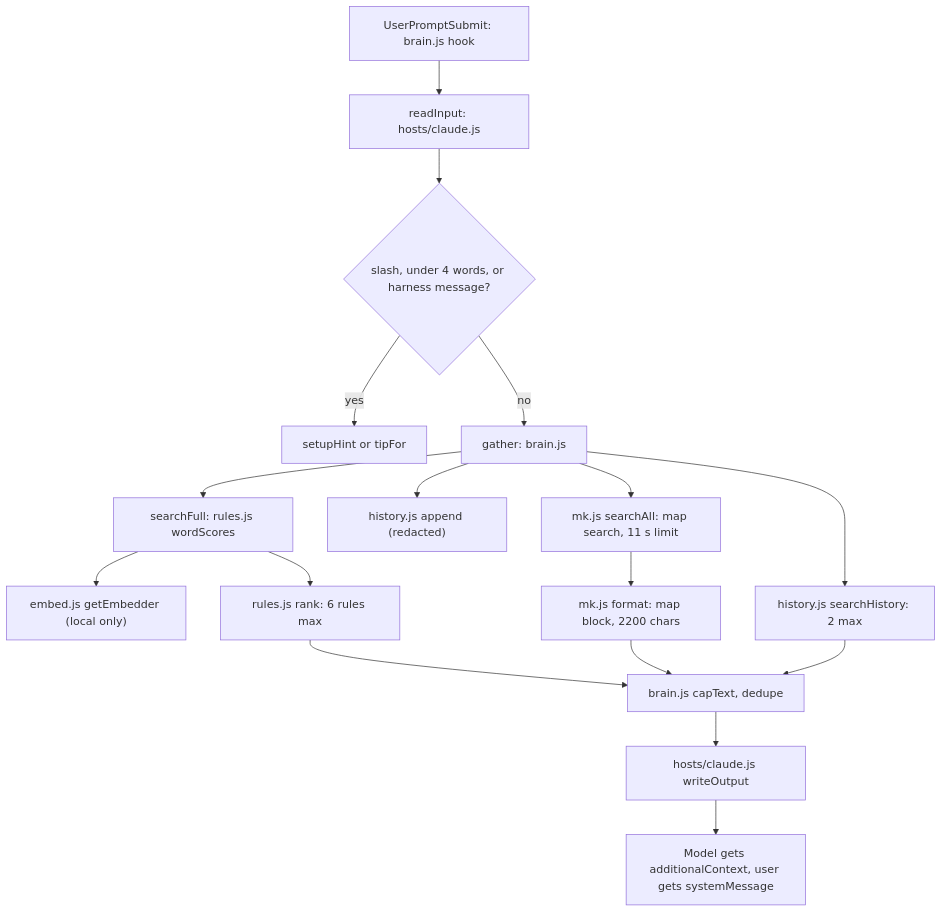
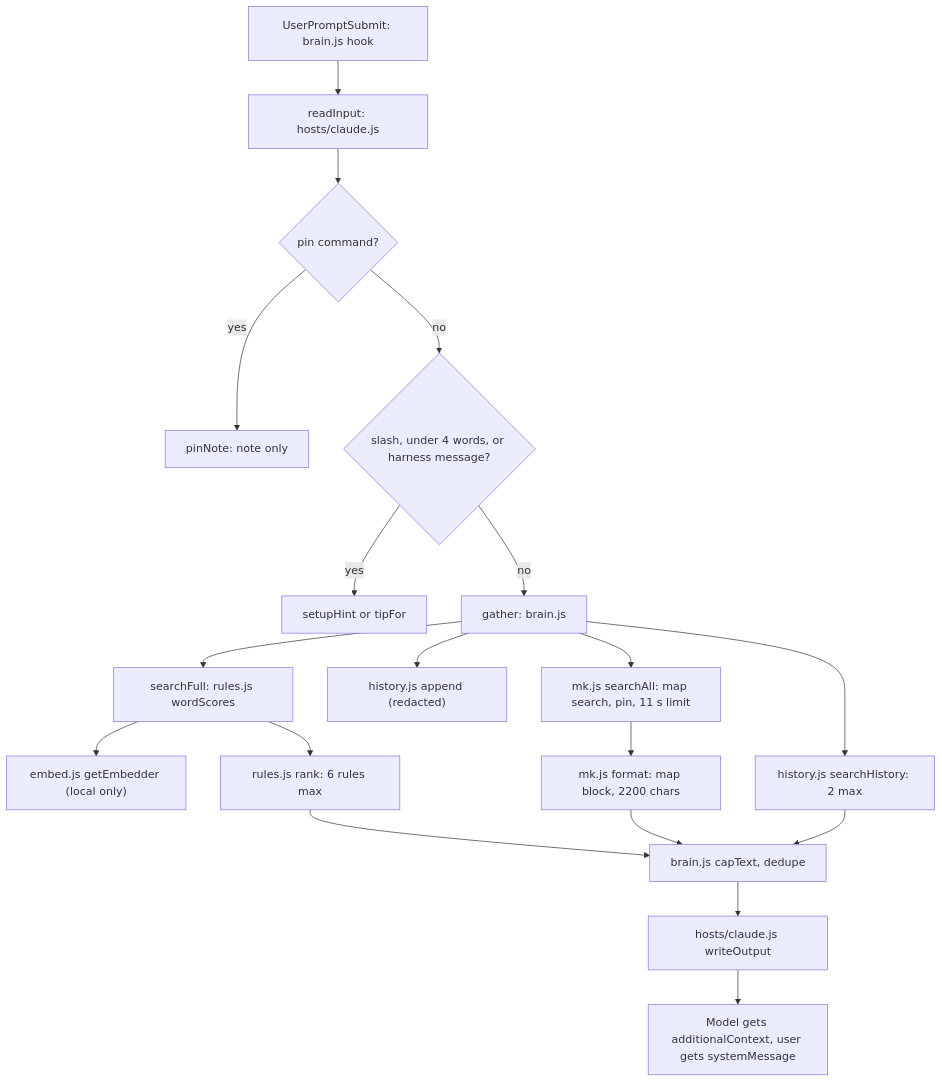
The diagram in repo-docs/business/workflows/W01-one-prompt.md (ThanhNVan/gabriel-plugin), drawn with Mermaid before and after one commit. The commit also changed other lines of this file and 32 other files, not shown here.

````diff
--- a/repo-docs/business/workflows/W01-one-prompt.md
+++ b/repo-docs/business/workflows/W01-one-prompt.md
@@ -22,19 +22,21 @@
 ```mermaid
 flowchart TD
   A["UserPromptSubmit: brain.js hook"] --> B["readInput: hosts/claude.js"]
-  B --> C{"slash, under 4 words, or harness message?"}
+  B --> P{"pin command?"}
+  P -- yes --> Q["pinNote: note only"]
+  P -- no --> C{"slash, under 4 words, or harness message?"}
   C -- yes --> H["setupHint or tipFor"]
   C -- no --> D["gather: brain.js"]
   D --> E["searchFull: rules.js wordScores"]
   E --> F["embed.js getEmbedder (local only)"]
   D --> G["history.js append (redacted)"]
   E --> I["rules.js rank: 6 rules max"]
-  D --> J["mk.js searchAll: map search, 11 s limit"]
+  D --> J["mk.js searchAll: map search, pin, 11 s limit"]
   J --> K["mk.js format: map block, 2200 chars"]
   D --> L["history.js searchHistory: 2 max"]
   I --> M["brain.js capText, dedupe"]
   K --> M
   L --> M
   M --> N["hosts/claude.js writeOutput"]
   N --> O["Model gets additionalContext, user gets systemMessage"]
 ```
````
